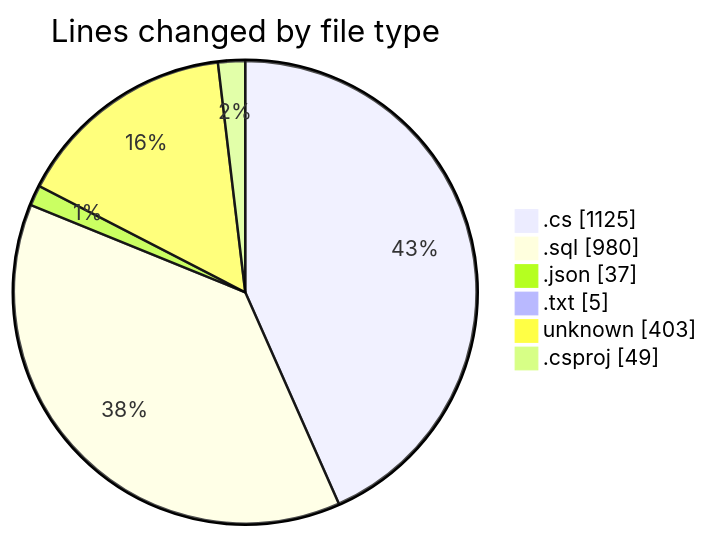
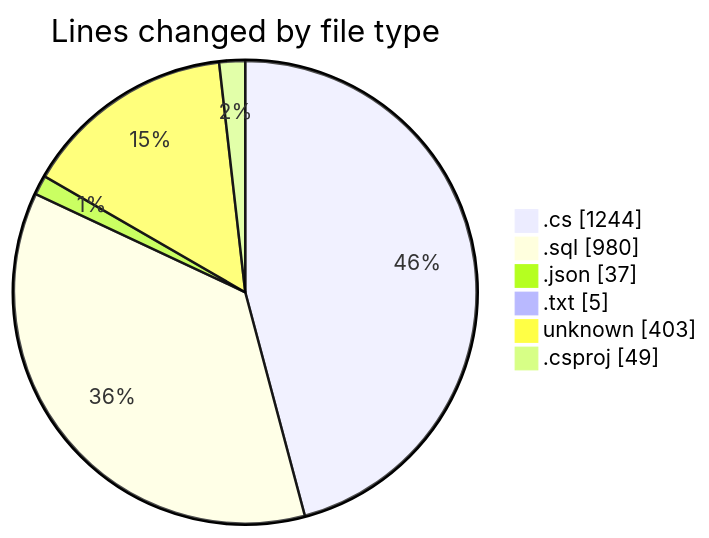
The first of 2 diagrams in 2025-04-04/back-end/README.md (Netris89/code-tracking), drawn with Mermaid before and after one commit. The commit also changed other lines of this file and 1 other file, not shown here.

````diff
--- a/2025-04-04/back-end/README.md
+++ b/2025-04-04/back-end/README.md
@@ -31,10 +31,10 @@
 ```mermaid
 pie showData
 title Lines changed by file type
-".cs" : 1125
+".cs" : 1244
 ".sql" : 980
 ".json" : 37
 ".txt" : 5
 "unknown" : 403
 ".csproj" : 49
 ```
````
